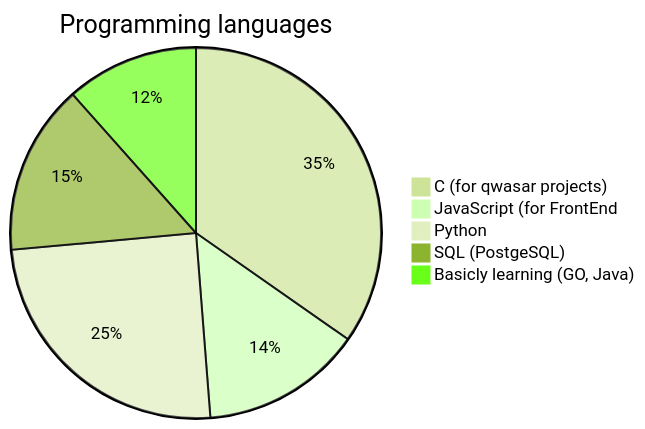
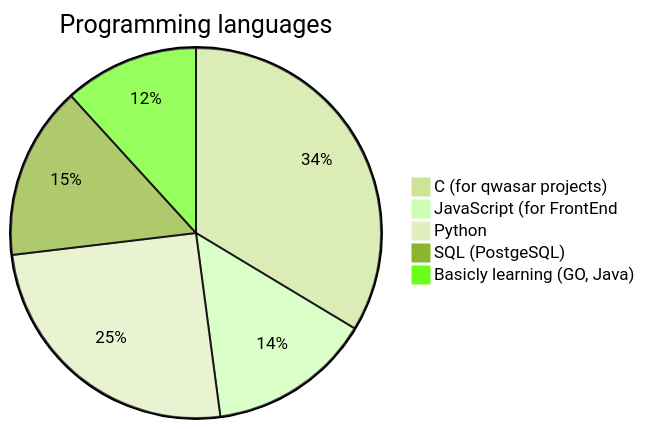
Before and after one commit to holmon-alp/holmon-alp: the diagram in README.md, drawn with Mermaid (forest theme). The commit also changed other lines of this file, not shown here.

````diff
--- a/README.md
+++ b/README.md
@@ -19,9 +19,9 @@
 ```mermaid
 pie
     title Programming languages
-    "C (for qwasar projects)" : 210
+    "C (for qwasar projects)" : 200
     "JavaScript (for FrontEnd" : 85
     "Python" : 150
     "SQL (PostgeSQL)" : 90
     "Basicly learning (GO, Java)" : 70
 ```
````
